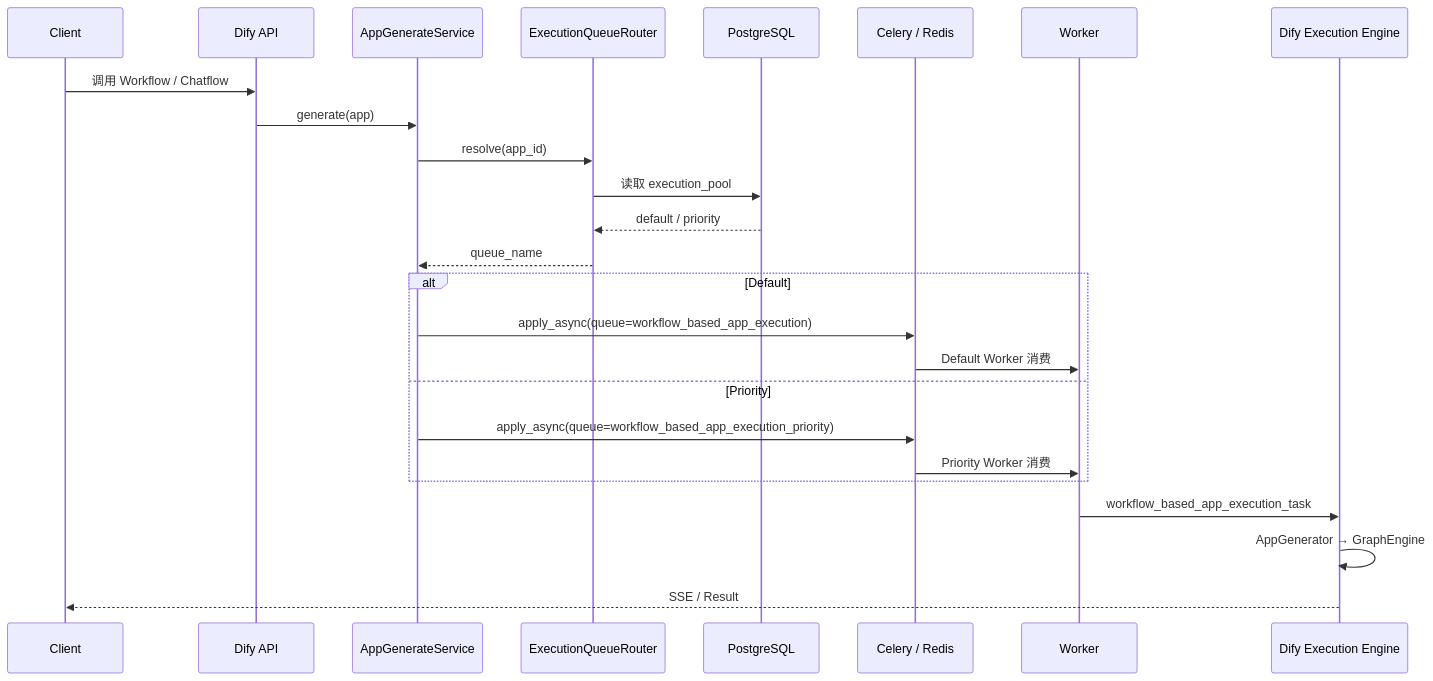
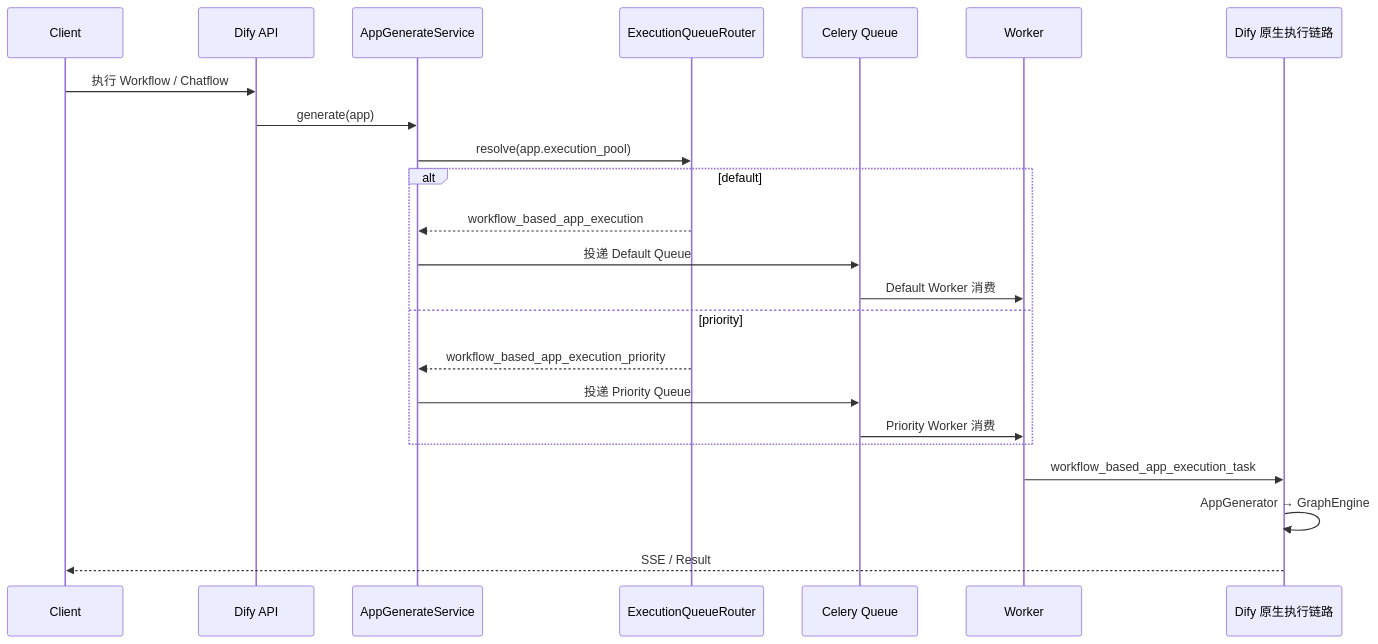
One commit to sgfd-ui/internship changed the third of 8 diagrams in weekly-report/dify-execution-engine-isolation-plan.md. Above: the diagram before and after it, drawn with Mermaid. The commit also changed other lines of this file, not shown here.

Commit message:
docs: restructure Dify execution isolation plan

````diff
--- a/weekly-report/dify-execution-engine-isolation-plan.md
+++ b/weekly-report/dify-execution-engine-isolation-plan.md
@@ -61,30 +113,28 @@
 ```mermaid
 sequenceDiagram
-    participant C as Client
+    participant U as Client
     participant API as Dify API
     participant AG as AppGenerateService
     participant R as ExecutionQueueRouter
-    participant DB as PostgreSQL
-    participant Q as Celery / Redis
+    participant Q as Celery Queue
     participant W as Worker
-    participant E as Dify Execution Engine
+    participant E as Dify 原生执行链路
 
-    C->>API: 调用 Workflow / Chatflow
+    U->>API: 执行 Workflow / Chatflow
     API->>AG: generate(app)
-    AG->>R: resolve(app_id)
-    R->>DB: 读取 execution_pool
-    DB-->>R: default / priority
-    R-->>AG: queue_name
+    AG->>R: resolve(app.execution_pool)
 
-    alt Default
-        AG->>Q: apply_async(queue=workflow_based_app_execution)
+    alt default
+        R-->>AG: workflow_based_app_execution
+        AG->>Q: 投递 Default Queue
         Q->>W: Default Worker 消费
-    else Priority
-        AG->>Q: apply_async(queue=workflow_based_app_execution_priority)
+    else priority
+        R-->>AG: workflow_based_app_execution_priority
+        AG->>Q: 投递 Priority Queue
         Q->>W: Priority Worker 消费
     end
 
     W->>E: workflow_based_app_execution_task
     E->>E: AppGenerator → GraphEngine
-    E-->>C: SSE / Result
+    E-->>U: SSE / Result
 ```
````
